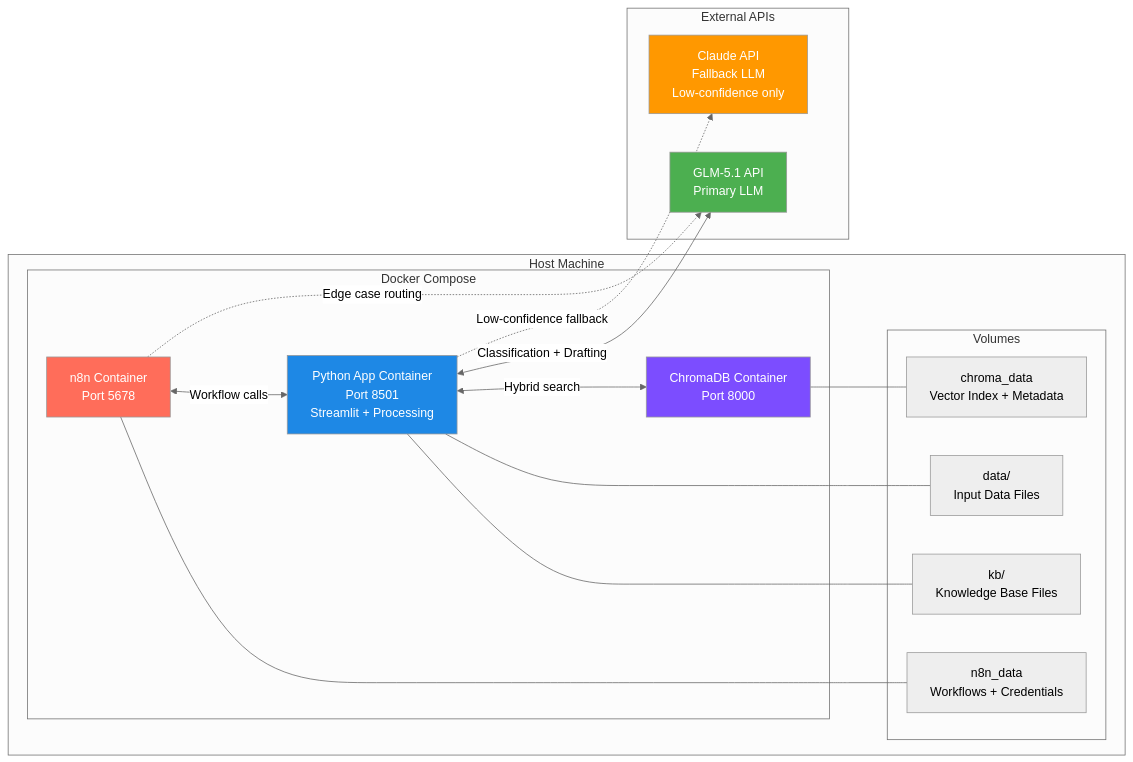
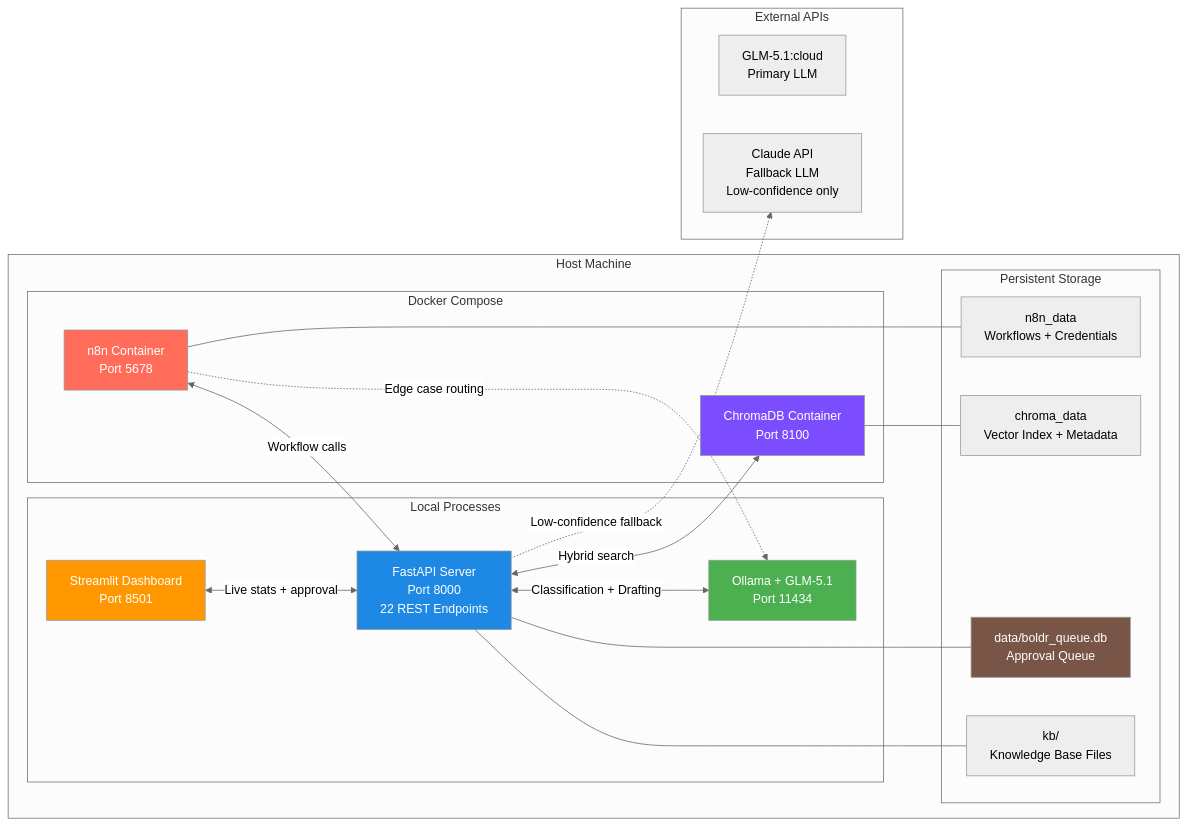
Before and after one commit to stevenyy88/BOLDR: the sixth of 7 diagrams in docs/architecture.md, drawn with Mermaid (neutral theme). The commit also changed other lines of this file and 1 other file, not shown here.

First line of the commit message:
docs: update README and architecture docs with all 22 API endpoints and new components

````diff
--- a/docs/architecture.md
+++ b/docs/architecture.md
@@ -455,39 +458,46 @@
 ```mermaid
 graph LR
     subgraph Host Machine
         subgraph Docker Compose
             N8N[n8n Container<br/>Port 5678]
-            CHROMA[ChromaDB Container<br/>Port 8000]
-            APP[Python App Container<br/>Port 8501<br/>Streamlit + Processing]
+            CHROMA[ChromaDB Container<br/>Port 8100]
         end
         
-        subgraph Volumes
+        subgraph Local Processes
+            API[FastAPI Server<br/>Port 8000<br/>22 REST Endpoints]
+            DASH[Streamlit Dashboard<br/>Port 8501]
+            OLLAMA[Ollama + GLM-5.1<br/>Port 11434]
+        end
+        
+        subgraph Persistent Storage
             N8N_DATA[n8n_data<br/>Workflows + Credentials]
             CHROMA_DATA[chroma_data<br/>Vector Index + Metadata]
+            SQLITE[data/boldr_queue.db<br/>Approval Queue]
             KB_VOL[kb/<br/>Knowledge Base Files]
-            DATA_VOL[data/<br/>Input Data Files]
         end
     end
     
     subgraph External APIs
-        GLM[GLM-5.1 API<br/>Primary LLM]
+        GLM[GLM-5.1:cloud<br/>Primary LLM]
         CLAUDE[Claude API<br/>Fallback LLM<br/>Low-confidence only]
     end
     
     N8N --- N8N_DATA
     CHROMA --- CHROMA_DATA
-    APP --- KB_VOL
-    APP --- DATA_VOL
+    API --- SQLITE
+    API --- KB_VOL
     
-    N8N <-->|Workflow calls| APP
-    APP <-->|Hybrid search| CHROMA
-    APP <-->|Classification + Drafting| GLM
-    APP -.->|Low-confidence fallback| CLAUDE
-    N8N -.->|Edge case routing| GLM
+    N8N <-->|Workflow calls| API
+    DASH <-->|Live stats + approval| API
+    API <-->|Hybrid search| CHROMA
+    API <-->|Classification + Drafting| OLLAMA
+    API -.->|Low-confidence fallback| CLAUDE
+    N8N -.->|Edge case routing| OLLAMA
     
     style N8N fill:#FF6D5A,color:#fff
     style CHROMA fill:#7C4DFF,color:#fff
-    style APP fill:#1E88E5,color:#fff
-    style GLM fill:#4CAF50,color:#fff
-    style CLAUDE fill:#FF9800,color:#fff
+    style API fill:#1E88E5,color:#fff
+    style DASH fill:#FF9800,color:#fff
+    style OLLAMA fill:#4CAF50,color:#fff
+    style SQLITE fill:#795548,color:#fff
 ```
````
